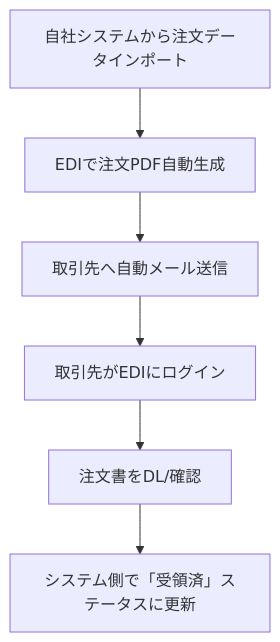
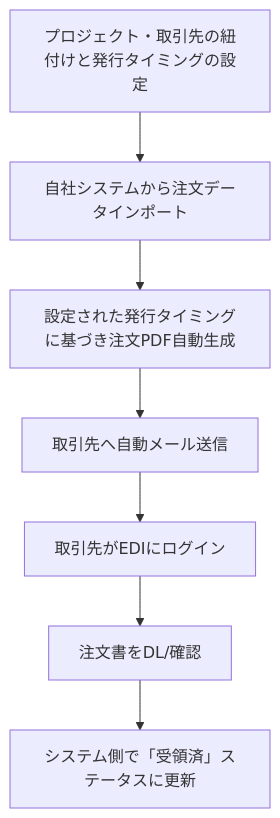
One commit to amagi019/EDI_MP changed the first of 2 diagrams in 設計書/発注管理_業務フロー図_ER図.md. Above: the diagram before and after it, drawn with Mermaid. The commit also changed other lines of this file and 17 other files, not shown here.

````diff
--- a/設計書/発注管理_業務フロー図_ER図.md
+++ b/設計書/発注管理_業務フロー図_ER図.md
@@ -3,8 +3,9 @@
 ```mermaid
 flowchart TD
-    A[自社システムから注文データインポート] --> B[EDIで注文PDF自動生成]
+    Start[プロジェクト・取引先の紐付けと発行タイミングの設定] --> A[自社システムから注文データインポート]
+    A --> B[設定された発行タイミングに基づき注文PDF自動生成]
     B --> C[取引先へ自動メール送信]
     C --> D[取引先がEDIにログイン]
     D --> E[注文書をDL/確認]
     E --> F[システム側で「受領済」ステータスに更新]
 ```
````
